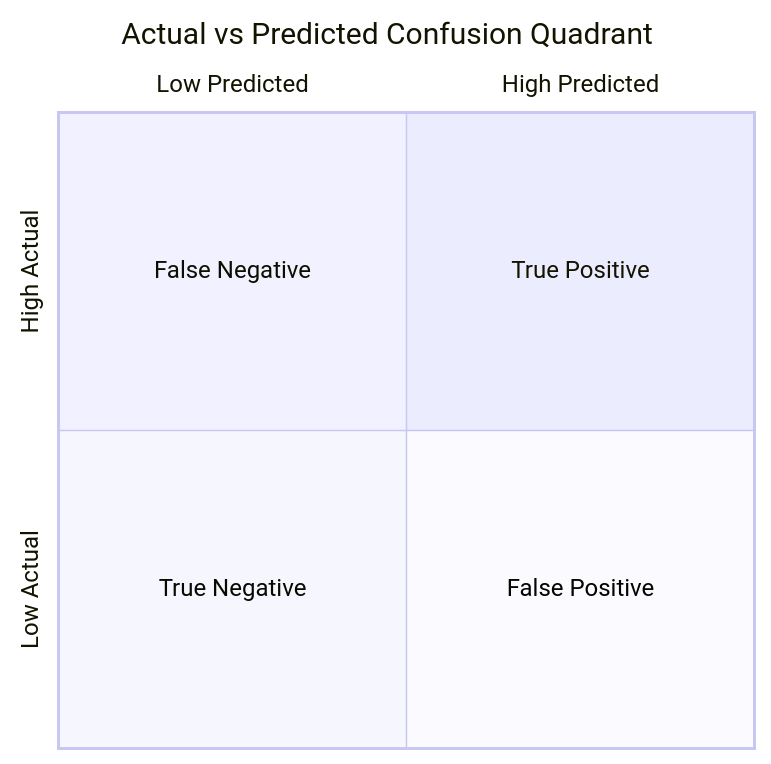
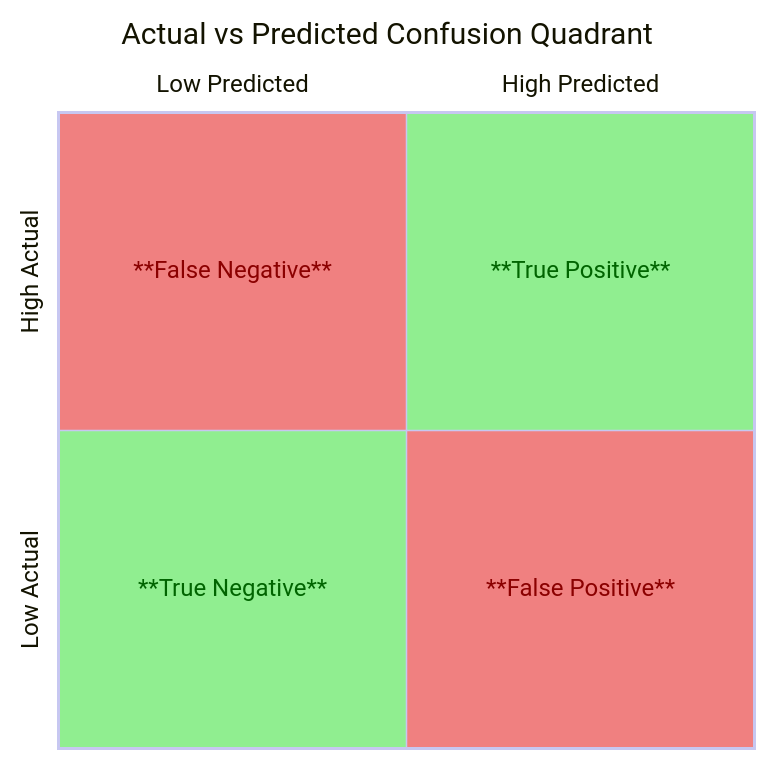
Before and after one commit to VanshDeshwal/notes: the seventh of 7 diagrams in Data Science Notes/100 days of ML/Machine Learning Notes.md, drawn with Mermaid.

Commit message:
vault backup: 2025-08-05 01:14:29

````diff
--- a/Data Science Notes/100 days of ML/Machine Learning Notes.md
+++ b/Data Science Notes/100 days of ML/Machine Learning Notes.md
@@ -1555,21 +1555,24 @@
 ```mermaid
 %%{init: {
-    "quadrant1Fill": "#90ee90",   /* light green */
+  "theme": "default",
+  "themeVariables": {
+    "quadrant1Fill": "#90ee90",
     "quadrant1TextFill": "#006400",
-    "quadrant2Fill": "#f08080",   /* light red */
+    "quadrant2Fill": "#f08080",
     "quadrant2TextFill": "#8b0000",
     "quadrant3Fill": "#90ee90",
     "quadrant3TextFill": "#006400",
     "quadrant4Fill": "#f08080",
     "quadrant4TextFill": "#8b0000"
+  }
 }}%%
 quadrantChart
     title Actual vs Predicted Confusion Quadrant
     x-axis Low Predicted --> High Predicted
     y-axis Low Actual --> High Actual
-    quadrant-1 True Positive
-    quadrant-2 False Negative
-    quadrant-3 True Negative
-    quadrant-4 False Positive
+    quadrant-1 **True Positive**
+    quadrant-2 **False Negative**
+    quadrant-3 **True Negative**
+    quadrant-4 **False Positive**
 
 ```
````
